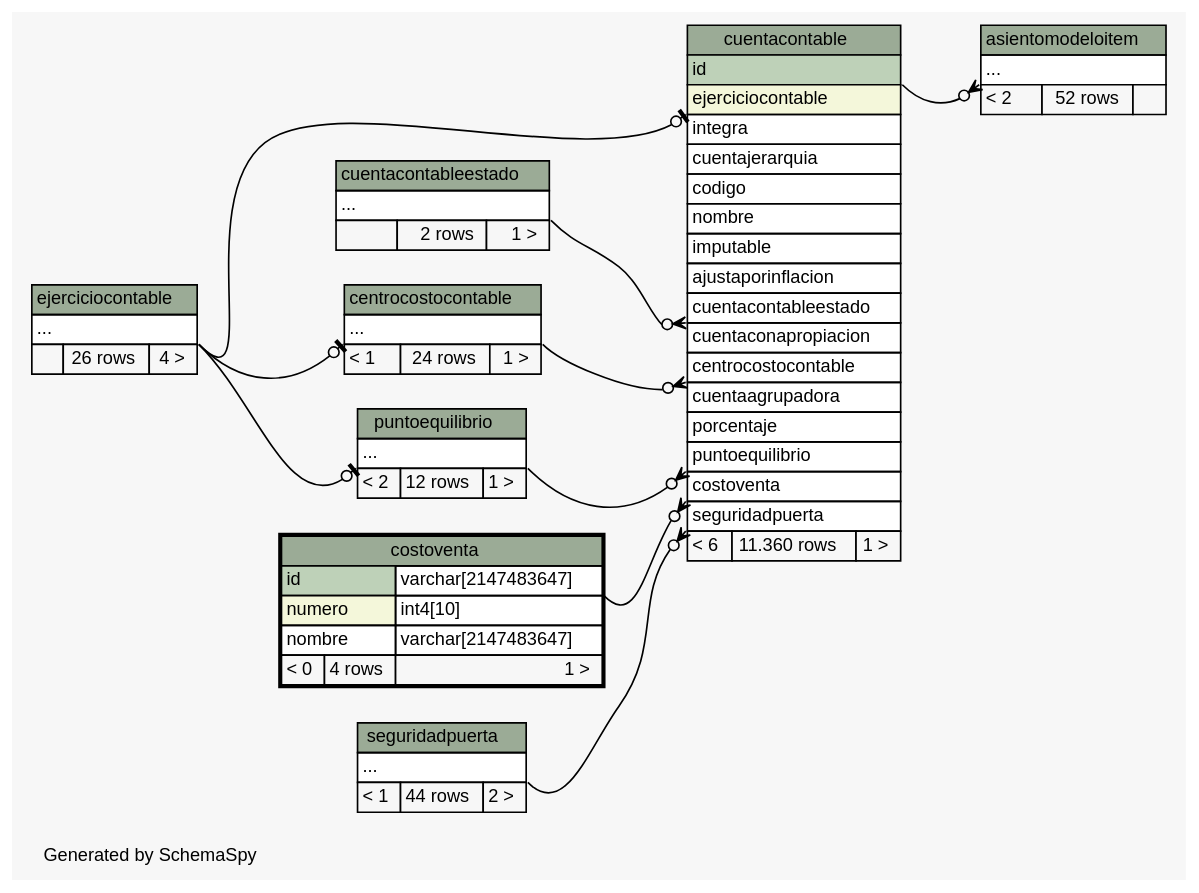
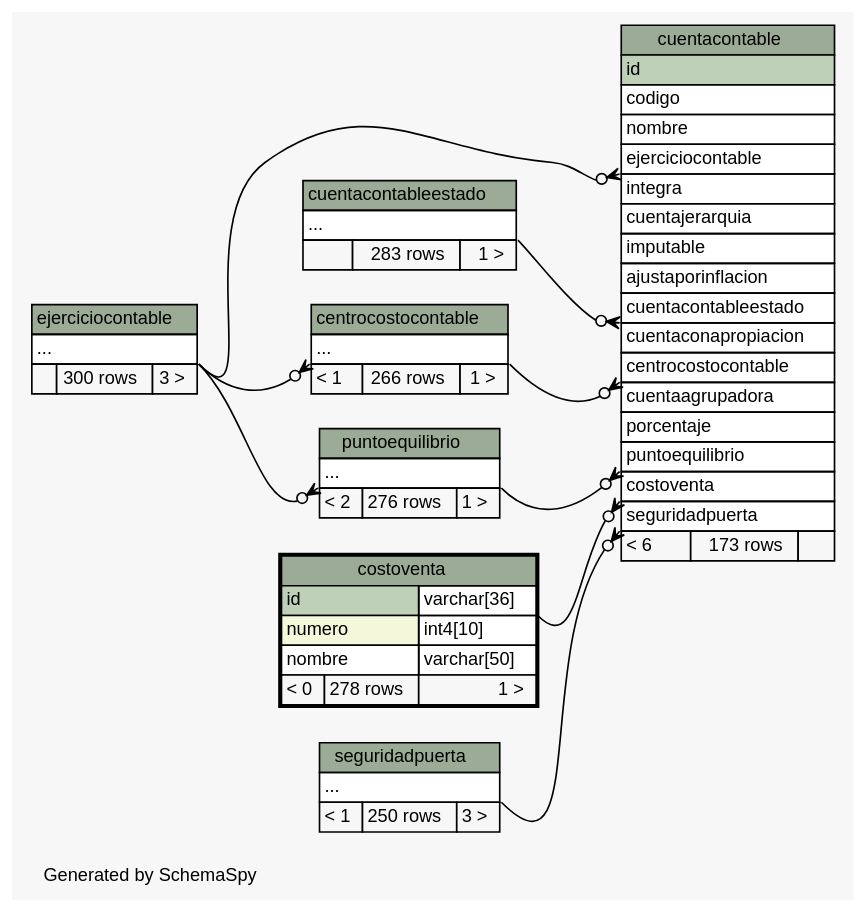
Before and after one commit to diegopablomansilla/massoftware_front: the diagram in postgresql/schemaSpy/salida/diagrams/costoventa.2degrees.dot, drawn with Graphviz. The commit also changed 350 other files, not shown here.

```diff
--- a/postgresql/schemaSpy/salida/diagrams/costoventa.2degrees.dot
+++ b/postgresql/schemaSpy/salida/diagrams/costoventa.2degrees.dot
@@ -1,128 +1,117 @@
 // dot 2.2.1 on Windows 10 10.0
 // SchemaSpy rev 590
 digraph "twoDegreesRelationshipsDiagram" {
   graph [
     rankdir="RL"
     bgcolor="#f7f7f7"
     label="\nGenerated by SchemaSpy"
     labeljust="l"
     nodesep="0.18"
     ranksep="0.46"
     fontname="Helvetica"
     fontsize="11"
   ];
   node [
     fontname="Helvetica"
     fontsize="11"
     shape="plaintext"
   ];
   edge [
     arrowsize="0.8"
   ];
-  "asientomodeloitem":"elipses":sw -> "cuentacontable":"id":se [arrowhead=none dir=back arrowtail=crowodot];
-  "centrocostocontable":"elipses":sw -> "ejerciciocontable":"elipses":se [arrowhead=none dir=back arrowtail=teeodot];
+  "centrocostocontable":"elipses":sw -> "ejerciciocontable":"elipses":se [arrowhead=none dir=back arrowtail=crowodot];
   "cuentacontable":"centrocostocontable":sw -> "centrocostocontable":"elipses":se [arrowhead=none dir=back arrowtail=crowodot];
   "cuentacontable":"costoventa":sw -> "costoventa":"id.type":se [arrowhead=none dir=back arrowtail=crowodot];
   "cuentacontable":"cuentacontableestado":sw -> "cuentacontableestado":"elipses":se [arrowhead=none dir=back arrowtail=crowodot];
-  "cuentacontable":"ejerciciocontable":sw -> "ejerciciocontable":"elipses":se [arrowhead=none dir=back arrowtail=teeodot];
+  "cuentacontable":"ejerciciocontable":sw -> "ejerciciocontable":"elipses":se [arrowhead=none dir=back arrowtail=crowodot];
   "cuentacontable":"puntoequilibrio":sw -> "puntoequilibrio":"elipses":se [arrowhead=none dir=back arrowtail=crowodot];
   "cuentacontable":"seguridadpuerta":sw -> "seguridadpuerta":"elipses":se [arrowhead=none dir=back arrowtail=crowodot];
-  "puntoequilibrio":"elipses":sw -> "ejerciciocontable":"elipses":se [arrowhead=none dir=back arrowtail=teeodot];
-  "asientomodeloitem" [
-    label=<
-    <TABLE BORDER="0" CELLBORDER="1" CELLSPACING="0" BGCOLOR="#ffffff">
-      <TR><TD COLSPAN="3" BGCOLOR="#9bab96" ALIGN="CENTER">asientomodeloitem</TD></TR>
-      <TR><TD PORT="elipses" COLSPAN="3" ALIGN="LEFT">...</TD></TR>
-      <TR><TD ALIGN="LEFT" BGCOLOR="#f7f7f7">&lt; 2</TD><TD ALIGN="RIGHT" BGCOLOR="#f7f7f7">52 rows</TD><TD ALIGN="RIGHT" BGCOLOR="#f7f7f7">  </TD></TR>
-    </TABLE>>
-    URL="asientomodeloitem.html"
-    tooltip="asientomodeloitem"
-  ];
+  "puntoequilibrio":"elipses":sw -> "ejerciciocontable":"elipses":se [arrowhead=none dir=back arrowtail=crowodot];
   "centrocostocontable" [
     label=<
     <TABLE BORDER="0" CELLBORDER="1" CELLSPACING="0" BGCOLOR="#ffffff">
       <TR><TD COLSPAN="3" BGCOLOR="#9bab96" ALIGN="CENTER">centrocostocontable</TD></TR>
       <TR><TD PORT="elipses" COLSPAN="3" ALIGN="LEFT">...</TD></TR>
-      <TR><TD ALIGN="LEFT" BGCOLOR="#f7f7f7">&lt; 1</TD><TD ALIGN="RIGHT" BGCOLOR="#f7f7f7">24 rows</TD><TD ALIGN="RIGHT" BGCOLOR="#f7f7f7">1 &gt;</TD></TR>
+      <TR><TD ALIGN="LEFT" BGCOLOR="#f7f7f7">&lt; 1</TD><TD ALIGN="RIGHT" BGCOLOR="#f7f7f7">266 rows</TD><TD ALIGN="RIGHT" BGCOLOR="#f7f7f7">1 &gt;</TD></TR>
     </TABLE>>
     URL="centrocostocontable.html"
     tooltip="centrocostocontable"
   ];
   "costoventa" [
     label=<
     <TABLE BORDER="2" CELLBORDER="1" CELLSPACING="0" BGCOLOR="#ffffff">
       <TR><TD COLSPAN="3" BGCOLOR="#9bab96" ALIGN="CENTER">costoventa</TD></TR>
-      <TR><TD PORT="id" COLSPAN="2" BGCOLOR="#bed1b8" ALIGN="LEFT">id</TD><TD PORT="id.type" ALIGN="LEFT">varchar[2147483647]</TD></TR>
+      <TR><TD PORT="id" COLSPAN="2" BGCOLOR="#bed1b8" ALIGN="LEFT">id</TD><TD PORT="id.type" ALIGN="LEFT">varchar[36]</TD></TR>
       <TR><TD PORT="numero" COLSPAN="2" BGCOLOR="#f4f7da" ALIGN="LEFT">numero</TD><TD PORT="numero.type" ALIGN="LEFT">int4[10]</TD></TR>
-      <TR><TD PORT="nombre" COLSPAN="2" ALIGN="LEFT">nombre</TD><TD PORT="nombre.type" ALIGN="LEFT">varchar[2147483647]</TD></TR>
-      <TR><TD ALIGN="LEFT" BGCOLOR="#f7f7f7">&lt; 0</TD><TD ALIGN="RIGHT" BGCOLOR="#f7f7f7">4 rows</TD><TD ALIGN="RIGHT" BGCOLOR="#f7f7f7">1 &gt;</TD></TR>
+      <TR><TD PORT="nombre" COLSPAN="2" ALIGN="LEFT">nombre</TD><TD PORT="nombre.type" ALIGN="LEFT">varchar[50]</TD></TR>
+      <TR><TD ALIGN="LEFT" BGCOLOR="#f7f7f7">&lt; 0</TD><TD ALIGN="RIGHT" BGCOLOR="#f7f7f7">278 rows</TD><TD ALIGN="RIGHT" BGCOLOR="#f7f7f7">1 &gt;</TD></TR>
     </TABLE>>
     URL="costoventa.html"
     tooltip="costoventa"
   ];
   "cuentacontable" [
     label=<
     <TABLE BORDER="0" CELLBORDER="1" CELLSPACING="0" BGCOLOR="#ffffff">
       <TR><TD COLSPAN="3" BGCOLOR="#9bab96" ALIGN="CENTER">cuentacontable</TD></TR>
       <TR><TD PORT="id" COLSPAN="3" BGCOLOR="#bed1b8" ALIGN="LEFT">id</TD></TR>
-      <TR><TD PORT="ejerciciocontable" COLSPAN="3" BGCOLOR="#f4f7da" ALIGN="LEFT">ejerciciocontable</TD></TR>
+      <TR><TD PORT="codigo" COLSPAN="3" ALIGN="LEFT">codigo</TD></TR>
+      <TR><TD PORT="nombre" COLSPAN="3" ALIGN="LEFT">nombre</TD></TR>
+      <TR><TD PORT="ejerciciocontable" COLSPAN="3" ALIGN="LEFT">ejerciciocontable</TD></TR>
       <TR><TD PORT="integra" COLSPAN="3" ALIGN="LEFT">integra</TD></TR>
       <TR><TD PORT="cuentajerarquia" COLSPAN="3" ALIGN="LEFT">cuentajerarquia</TD></TR>
-      <TR><TD PORT="codigo" COLSPAN="3" ALIGN="LEFT">codigo</TD></TR>
-      <TR><TD PORT="nombre" COLSPAN="3" ALIGN="LEFT">nombre</TD></TR>
       <TR><TD PORT="imputable" COLSPAN="3" ALIGN="LEFT">imputable</TD></TR>
       <TR><TD PORT="ajustaporinflacion" COLSPAN="3" ALIGN="LEFT">ajustaporinflacion</TD></TR>
       <TR><TD PORT="cuentacontableestado" COLSPAN="3" ALIGN="LEFT">cuentacontableestado</TD></TR>
       <TR><TD PORT="cuentaconapropiacion" COLSPAN="3" ALIGN="LEFT">cuentaconapropiacion</TD></TR>
       <TR><TD PORT="centrocostocontable" COLSPAN="3" ALIGN="LEFT">centrocostocontable</TD></TR>
       <TR><TD PORT="cuentaagrupadora" COLSPAN="3" ALIGN="LEFT">cuentaagrupadora</TD></TR>
       <TR><TD PORT="porcentaje" COLSPAN="3" ALIGN="LEFT">porcentaje</TD></TR>
       <TR><TD PORT="puntoequilibrio" COLSPAN="3" ALIGN="LEFT">puntoequilibrio</TD></TR>
       <TR><TD PORT="costoventa" COLSPAN="3" ALIGN="LEFT">costoventa</TD></TR>
       <TR><TD PORT="seguridadpuerta" COLSPAN="3" ALIGN="LEFT">seguridadpuerta</TD></TR>
-      <TR><TD ALIGN="LEFT" BGCOLOR="#f7f7f7">&lt; 6</TD><TD ALIGN="RIGHT" BGCOLOR="#f7f7f7">11.360 rows</TD><TD ALIGN="RIGHT" BGCOLOR="#f7f7f7">1 &gt;</TD></TR>
+      <TR><TD ALIGN="LEFT" BGCOLOR="#f7f7f7">&lt; 6</TD><TD ALIGN="RIGHT" BGCOLOR="#f7f7f7">173 rows</TD><TD ALIGN="RIGHT" BGCOLOR="#f7f7f7">  </TD></TR>
     </TABLE>>
     URL="cuentacontable.html"
     tooltip="cuentacontable"
   ];
   "cuentacontableestado" [
     label=<
     <TABLE BORDER="0" CELLBORDER="1" CELLSPACING="0" BGCOLOR="#ffffff">
       <TR><TD COLSPAN="3" BGCOLOR="#9bab96" ALIGN="CENTER">cuentacontableestado</TD></TR>
       <TR><TD PORT="elipses" COLSPAN="3" ALIGN="LEFT">...</TD></TR>
-      <TR><TD ALIGN="LEFT" BGCOLOR="#f7f7f7">  </TD><TD ALIGN="RIGHT" BGCOLOR="#f7f7f7">2 rows</TD><TD ALIGN="RIGHT" BGCOLOR="#f7f7f7">1 &gt;</TD></TR>
+      <TR><TD ALIGN="LEFT" BGCOLOR="#f7f7f7">  </TD><TD ALIGN="RIGHT" BGCOLOR="#f7f7f7">283 rows</TD><TD ALIGN="RIGHT" BGCOLOR="#f7f7f7">1 &gt;</TD></TR>
     </TABLE>>
     URL="cuentacontableestado.html"
     tooltip="cuentacontableestado"
   ];
   "ejerciciocontable" [
     label=<
     <TABLE BORDER="0" CELLBORDER="1" CELLSPACING="0" BGCOLOR="#ffffff">
       <TR><TD COLSPAN="3" BGCOLOR="#9bab96" ALIGN="CENTER">ejerciciocontable</TD></TR>
       <TR><TD PORT="elipses" COLSPAN="3" ALIGN="LEFT">...</TD></TR>
-      <TR><TD ALIGN="LEFT" BGCOLOR="#f7f7f7">  </TD><TD ALIGN="RIGHT" BGCOLOR="#f7f7f7">26 rows</TD><TD ALIGN="RIGHT" BGCOLOR="#f7f7f7">4 &gt;</TD></TR>
+      <TR><TD ALIGN="LEFT" BGCOLOR="#f7f7f7">  </TD><TD ALIGN="RIGHT" BGCOLOR="#f7f7f7">300 rows</TD><TD ALIGN="RIGHT" BGCOLOR="#f7f7f7">3 &gt;</TD></TR>
     </TABLE>>
     URL="ejerciciocontable.html"
     tooltip="ejerciciocontable"
   ];
   "puntoequilibrio" [
     label=<
     <TABLE BORDER="0" CELLBORDER="1" CELLSPACING="0" BGCOLOR="#ffffff">
       <TR><TD COLSPAN="3" BGCOLOR="#9bab96" ALIGN="CENTER">puntoequilibrio</TD></TR>
       <TR><TD PORT="elipses" COLSPAN="3" ALIGN="LEFT">...</TD></TR>
-      <TR><TD ALIGN="LEFT" BGCOLOR="#f7f7f7">&lt; 2</TD><TD ALIGN="RIGHT" BGCOLOR="#f7f7f7">12 rows</TD><TD ALIGN="RIGHT" BGCOLOR="#f7f7f7">1 &gt;</TD></TR>
+      <TR><TD ALIGN="LEFT" BGCOLOR="#f7f7f7">&lt; 2</TD><TD ALIGN="RIGHT" BGCOLOR="#f7f7f7">276 rows</TD><TD ALIGN="RIGHT" BGCOLOR="#f7f7f7">1 &gt;</TD></TR>
     </TABLE>>
     URL="puntoequilibrio.html"
     tooltip="puntoequilibrio"
   ];
   "seguridadpuerta" [
     label=<
     <TABLE BORDER="0" CELLBORDER="1" CELLSPACING="0" BGCOLOR="#ffffff">
       <TR><TD COLSPAN="3" BGCOLOR="#9bab96" ALIGN="CENTER">seguridadpuerta</TD></TR>
       <TR><TD PORT="elipses" COLSPAN="3" ALIGN="LEFT">...</TD></TR>
-      <TR><TD ALIGN="LEFT" BGCOLOR="#f7f7f7">&lt; 1</TD><TD ALIGN="RIGHT" BGCOLOR="#f7f7f7">44 rows</TD><TD ALIGN="RIGHT" BGCOLOR="#f7f7f7">2 &gt;</TD></TR>
+      <TR><TD ALIGN="LEFT" BGCOLOR="#f7f7f7">&lt; 1</TD><TD ALIGN="RIGHT" BGCOLOR="#f7f7f7">250 rows</TD><TD ALIGN="RIGHT" BGCOLOR="#f7f7f7">3 &gt;</TD></TR>
     </TABLE>>
     URL="seguridadpuerta.html"
     tooltip="seguridadpuerta"
   ];
 }
```
